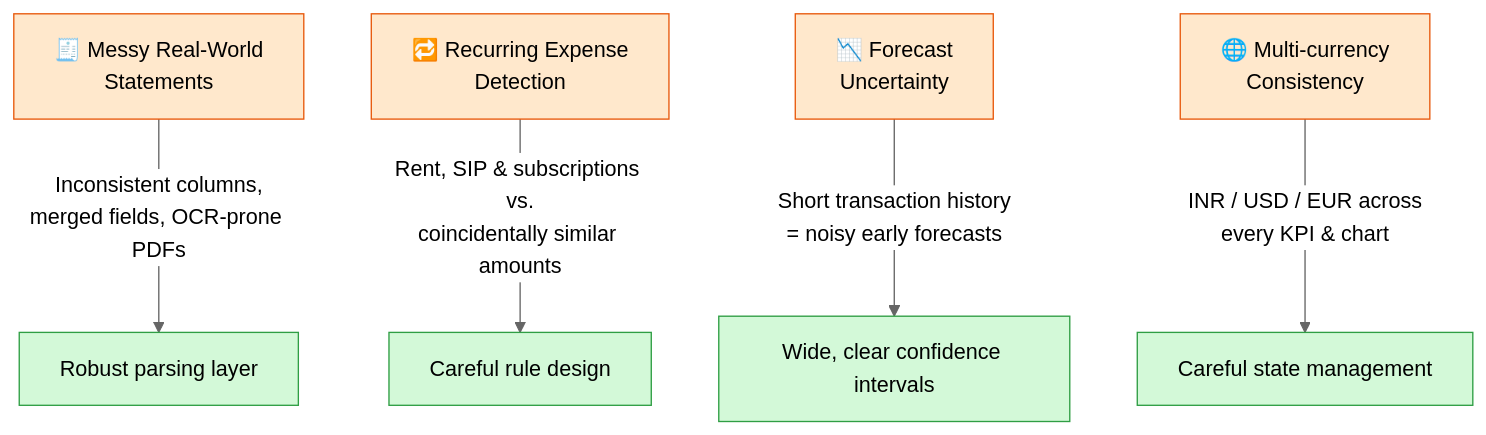
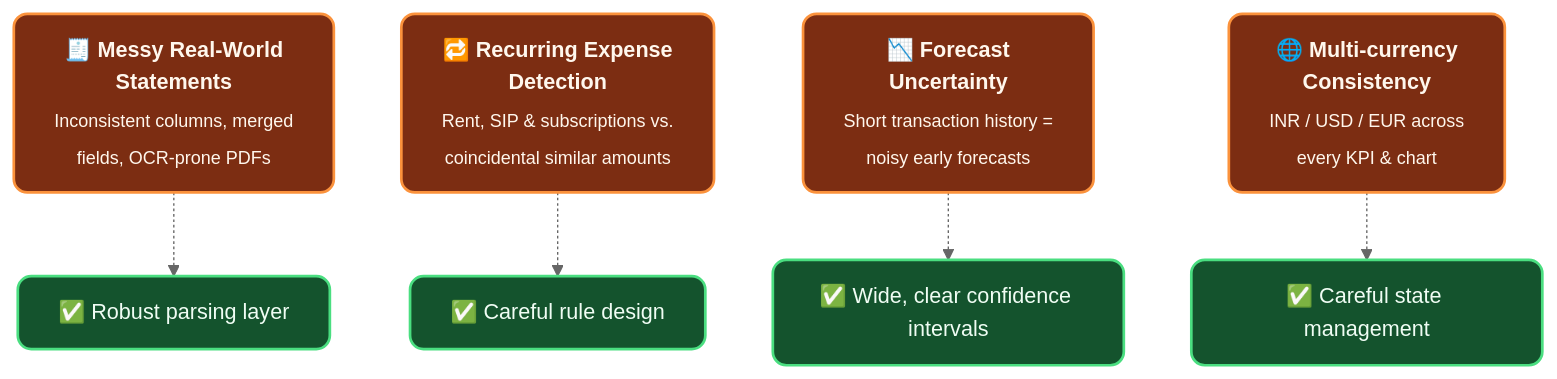
The fourth of 5 diagrams in README.md (ShraddhaD-07/project), drawn with Mermaid (neutral theme) before and after one commit. The commit also changed other lines of this file, not shown here.

````diff
--- a/README.md
+++ b/README.md
@@ -180,16 +268,12 @@
 ```mermaid
 flowchart TD
-    A["🧾 Messy Real-World<br/>Statements"] -->|"Inconsistent columns,<br/>merged fields, OCR-prone PDFs"| A1["Robust parsing layer"]
-    B["🔁 Recurring Expense<br/>Detection"] -->|"Rent, SIP & subscriptions vs.<br/>coincidentally similar amounts"| B1["Careful rule design"]
-    C["📉 Forecast<br/>Uncertainty"] -->|"Short transaction history<br/>= noisy early forecasts"| C1["Wide, clear confidence intervals"]
-    D["🌐 Multi-currency<br/>Consistency"] -->|"INR / USD / EUR across<br/>every KPI & chart"| D1["Careful state management"]
+    A["🧾 <b>Messy Real-World</b><br/><b>Statements</b><br/><sub>Inconsistent columns, merged<br/>fields, OCR-prone PDFs</sub>"] -.-> A1["✅ Robust parsing layer"]
+    B["🔁 <b>Recurring Expense</b><br/><b>Detection</b><br/><sub>Rent, SIP & subscriptions vs.<br/>coincidental similar amounts</sub>"] -.-> B1["✅ Careful rule design"]
+    C["📉 <b>Forecast</b><br/><b>Uncertainty</b><br/><sub>Short transaction history =<br/>noisy early forecasts</sub>"] -.-> C1["✅ Wide, clear confidence intervals"]
+    D["🌐 <b>Multi-currency</b><br/><b>Consistency</b><br/><sub>INR / USD / EUR across<br/>every KPI & chart</sub>"] -.-> D1["✅ Careful state management"]
 
-    style A fill:#ffe8cc,stroke:#e8590c,color:#000
-    style B fill:#ffe8cc,stroke:#e8590c,color:#000
-    style C fill:#ffe8cc,stroke:#e8590c,color:#000
-    style D fill:#ffe8cc,stroke:#e8590c,color:#000
-    style A1 fill:#d3f9d8,stroke:#2f9e44,color:#000
-    style B1 fill:#d3f9d8,stroke:#2f9e44,color:#000
-    style C1 fill:#d3f9d8,stroke:#2f9e44,color:#000
-    style D1 fill:#d3f9d8,stroke:#2f9e44,color:#000
+    classDef challenge fill:#7C2D12,stroke:#FB923C,stroke-width:2px,color:#FFF7ED,rx:10,ry:10
+    classDef solution fill:#14532D,stroke:#4ADE80,stroke-width:2px,color:#F0FDF4,rx:10,ry:10
+    class A,B,C,D challenge
+    class A1,B1,C1,D1 solution
 ```
````
